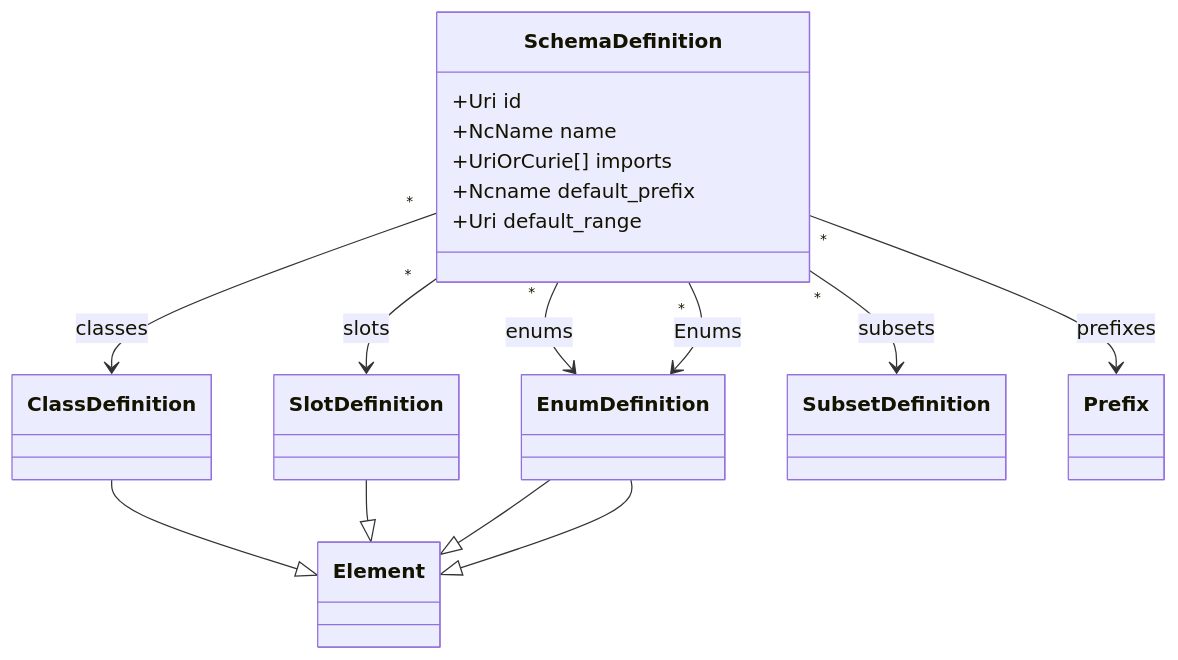
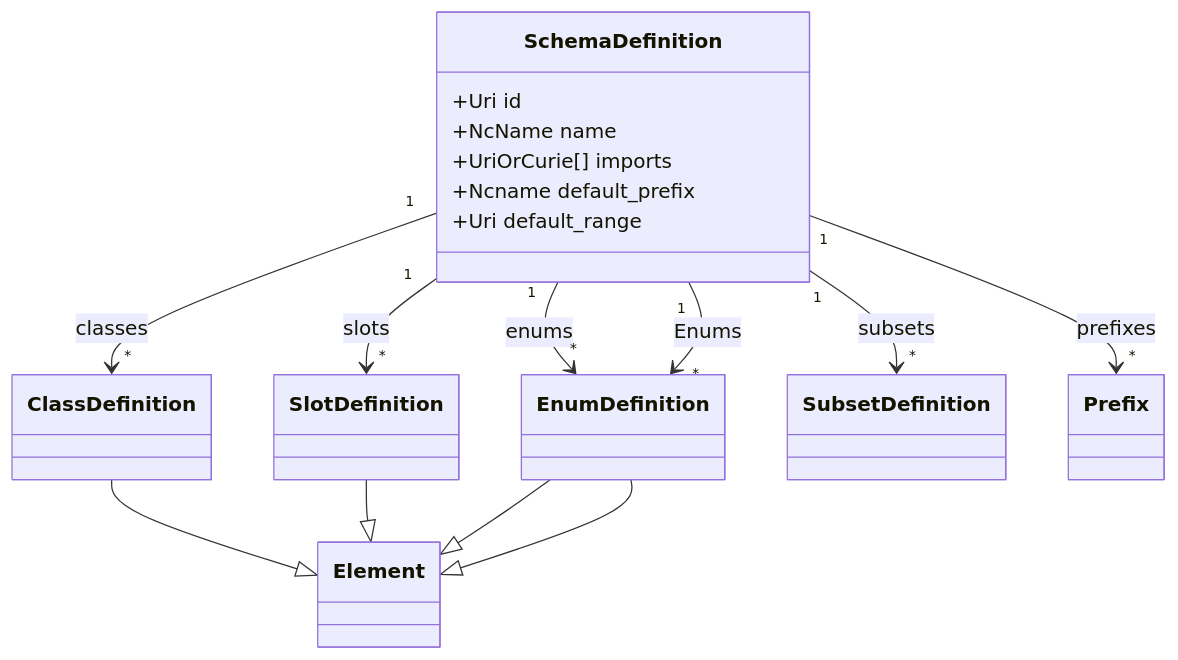
The first of 8 diagrams in specification/03schemas.md (linkml/linkml-model), drawn with Mermaid before and after one commit. The commit also changed other lines of this file and 23 other files, not shown here.

````diff
--- a/specification/03schemas.md
+++ b/specification/03schemas.md
@@ -58,20 +87,20 @@
 ```mermaid
 classDiagram
-    SchemaDefinition "*"-->ClassDefinition: classes
-    SchemaDefinition "*"-->SlotDefinition: slots
-    SchemaDefinition "*"-->EnumDefinition: enums
-    SchemaDefinition "*"-->EnumDefinition: Enums
-    SchemaDefinition "*"-->SubsetDefinition: subsets
-    SchemaDefinition "*"-->Prefix: prefixes
+    SchemaDefinition "1" --> "*" ClassDefinition: classes
+    SchemaDefinition "1" --> "*" SlotDefinition: slots
+    SchemaDefinition "1" --> "*" EnumDefinition: enums
+    SchemaDefinition "1" --> "*" EnumDefinition: Enums
+    SchemaDefinition "1" --> "*" SubsetDefinition: subsets
+    SchemaDefinition "1" --> "*" Prefix: prefixes
     ClassDefinition --|> Element
     SlotDefinition --|> Element
     EnumDefinition --|> Element
     EnumDefinition --|> Element
     class SchemaDefinition {
       +Uri id
       +NcName name
       +UriOrCurie[] imports
       +Ncname default_prefix
       +Uri default_range
     }
 ```
````
